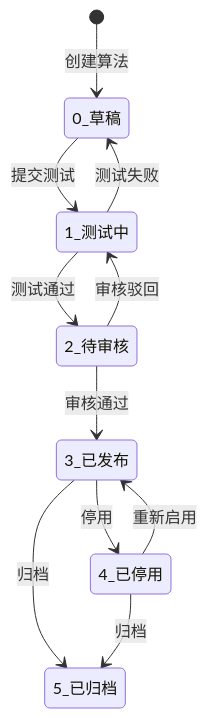
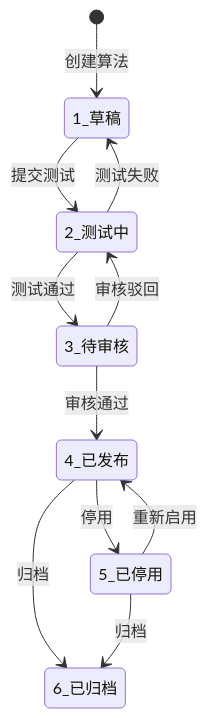
One commit to earthy-zinc/dehaze-system changed the second of 4 diagrams in dehaze-doc/docs/03-模块设计/核心模块/算法管理/后端实现.md. Above: the diagram before and after it, drawn with Mermaid. The commit also changed other lines of this file and 61 other files, not shown here.

````diff
--- a/dehaze-doc/docs/03-模块设计/核心模块/算法管理/后端实现.md
+++ b/dehaze-doc/docs/03-模块设计/核心模块/算法管理/后端实现.md
@@ -141,13 +141,13 @@
 ```mermaid
 stateDiagram-v2
-    [*] --> 0_草稿: 创建算法
-    0_草稿 --> 1_测试中: 提交测试
-    1_测试中 --> 2_待审核: 测试通过
-    1_测试中 --> 0_草稿: 测试失败
-    2_待审核 --> 3_已发布: 审核通过
-    2_待审核 --> 1_测试中: 审核驳回
-    3_已发布 --> 4_已停用: 停用
-    4_已停用 --> 3_已发布: 重新启用
-    3_已发布 --> 5_已归档: 归档
-    4_已停用 --> 5_已归档: 归档
+    [*] --> 1_草稿: 创建算法
+    1_草稿 --> 2_测试中: 提交测试
+    2_测试中 --> 3_待审核: 测试通过
+    2_测试中 --> 1_草稿: 测试失败
+    3_待审核 --> 4_已发布: 审核通过
+    3_待审核 --> 2_测试中: 审核驳回
+    4_已发布 --> 5_已停用: 停用
+    5_已停用 --> 4_已发布: 重新启用
+    4_已发布 --> 6_已归档: 归档
+    5_已停用 --> 6_已归档: 归档
 ```
````
